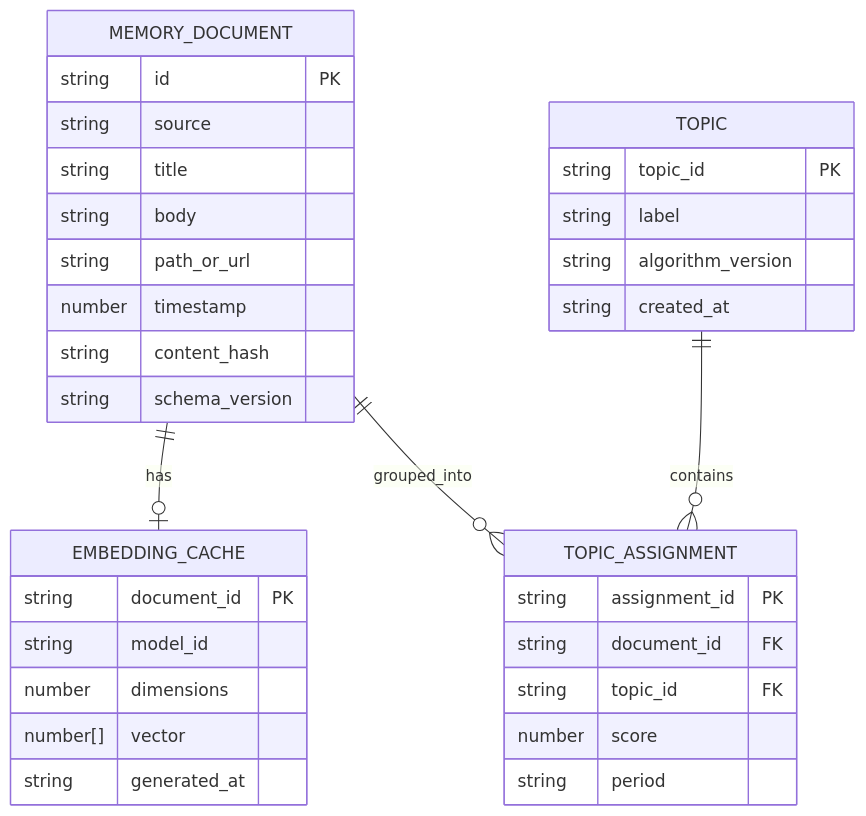
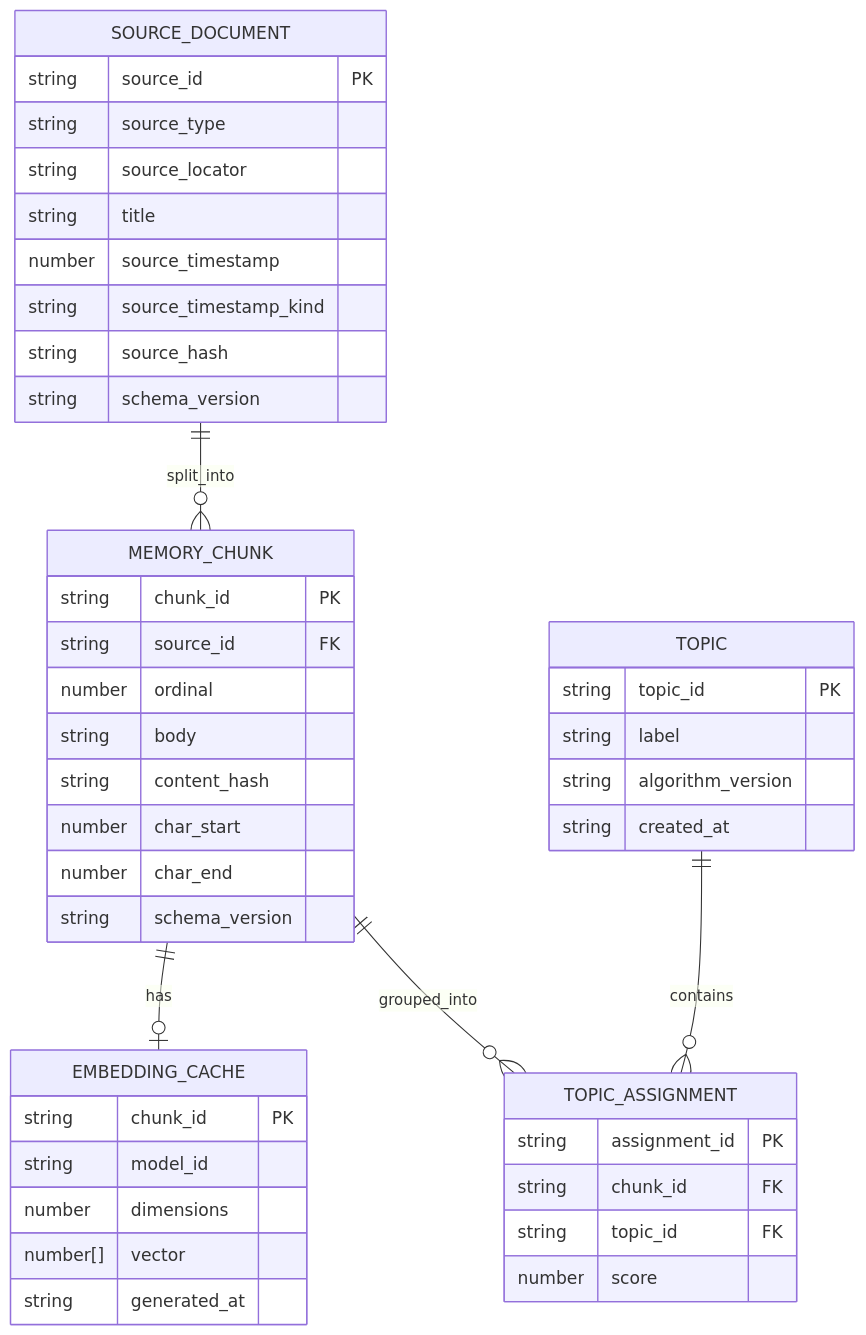
Before and after one commit to xzyozi/Mnemo_Local: the diagram in docs/design/APP-DS-001_Local-Semantic-Memory.md, drawn with Mermaid. The commit also changed other lines of this file and 1 other file, not shown here.

````diff
--- a/docs/design/APP-DS-001_Local-Semantic-Memory.md
+++ b/docs/design/APP-DS-001_Local-Semantic-Memory.md
@@ -32,37 +32,47 @@
 ```mermaid
 erDiagram
-    MEMORY_DOCUMENT ||--o| EMBEDDING_CACHE : has
-    MEMORY_DOCUMENT ||--o{ TOPIC_ASSIGNMENT : grouped_into
+    SOURCE_DOCUMENT ||--o{ MEMORY_CHUNK : split_into
+    MEMORY_CHUNK ||--o| EMBEDDING_CACHE : has
+    MEMORY_CHUNK ||--o{ TOPIC_ASSIGNMENT : grouped_into
     TOPIC ||--o{ TOPIC_ASSIGNMENT : contains
 
-    MEMORY_DOCUMENT {
-        string id PK
-        string source
+    SOURCE_DOCUMENT {
+        string source_id PK
+        string source_type
+        string source_locator
         string title
+        number source_timestamp
+        string source_timestamp_kind
+        string source_hash
+        string schema_version
+    }
+    MEMORY_CHUNK {
+        string chunk_id PK
+        string source_id FK
+        number ordinal
         string body
-        string path_or_url
-        number timestamp
         string content_hash
+        number char_start
+        number char_end
         string schema_version
     }
     EMBEDDING_CACHE {
-        string document_id PK
+        string chunk_id PK
         string model_id
         number dimensions
         number[] vector
         string generated_at
     }
     TOPIC {
         string topic_id PK
         string label
         string algorithm_version
         string created_at
     }
     TOPIC_ASSIGNMENT {
         string assignment_id PK
-        string document_id FK
+        string chunk_id FK
         string topic_id FK
         number score
-        string period
     }
 ```
````
